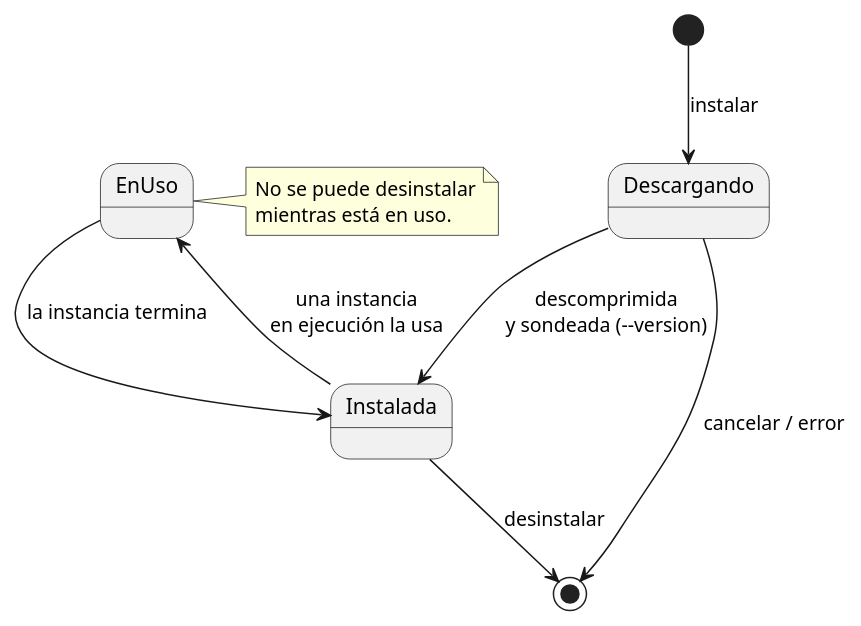
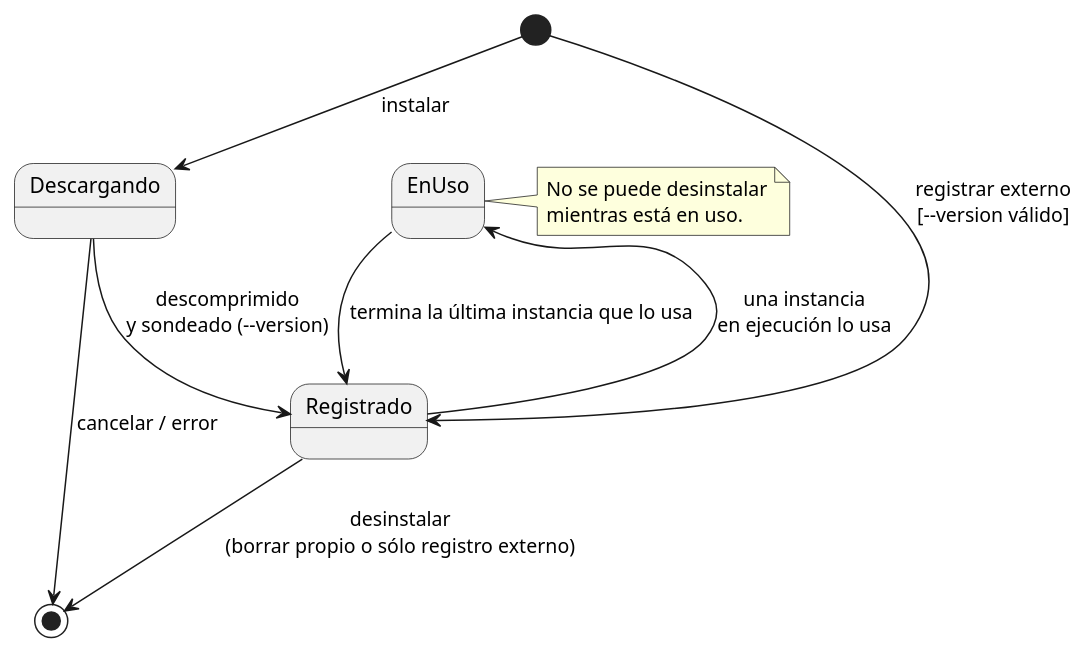
One commit to mstranich/coquena changed the second of 4 diagrams in docs/estados.md. Above: the diagram before and after it, drawn with PlantUML. The commit also changed other lines of this file and 6 other files, not shown here.

````diff
--- a/docs/estados.md
+++ b/docs/estados.md
@@ -37,14 +37,15 @@
 ```plantuml
 @startuml
 [*] --> Descargando : instalar
-Descargando --> Instalada : descomprimida\ny sondeada (--version)
+Descargando --> Registrado : descomprimido\ny sondeado (--version)
 Descargando --> [*] : cancelar / error
-Instalada --> EnUso : una instancia\nen ejecución la usa
-EnUso --> Instalada : la instancia termina
-Instalada --> [*] : desinstalar
+[*] --> Registrado : registrar externo\n[--version válido]
+Registrado --> EnUso : una instancia\nen ejecución lo usa
+EnUso --> Registrado : termina la última instancia que lo usa
+Registrado --> [*] : desinstalar\n(borrar propio o sólo registro externo)
 note right of EnUso
   No se puede desinstalar
   mientras está en uso.
 end note
 @enduml
 ```
````
